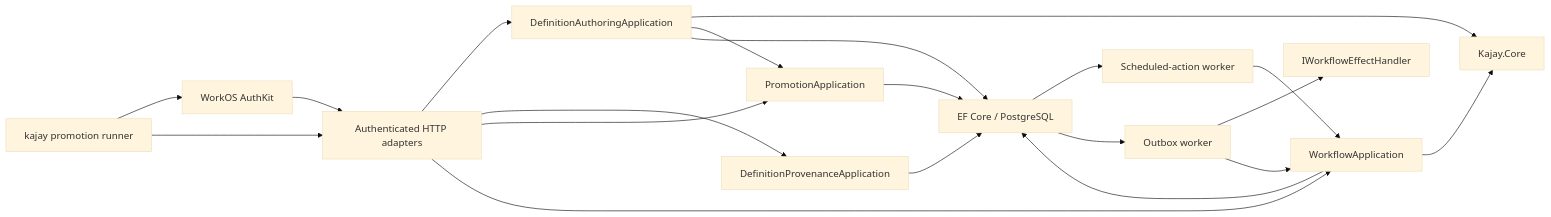
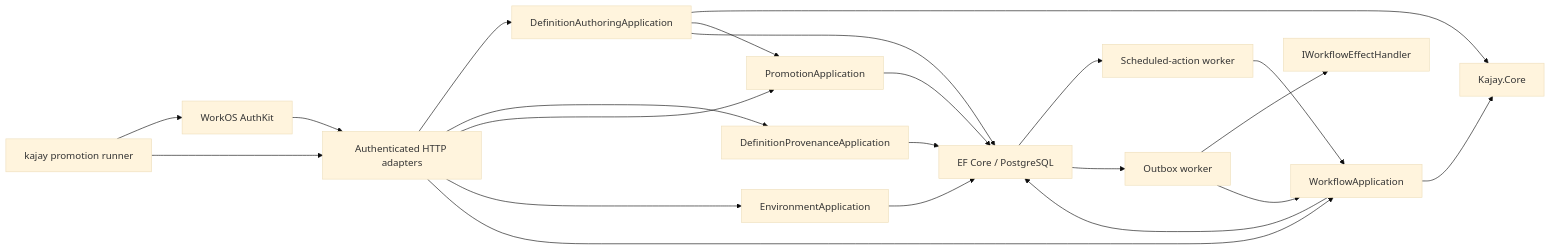
The diagram in docs/workflow-host.md (Contrct-Owner/kajay), drawn with Mermaid (base theme) before and after one commit. The commit also changed other lines of this file and 69 other files, not shown here.

````diff
--- a/docs/workflow-host.md
+++ b/docs/workflow-host.md
@@ -88,22 +90,24 @@
 ```mermaid
 flowchart LR
     AuthKit["WorkOS AuthKit"] --> HTTP["Authenticated HTTP adapters"]
     CLI["kajay promotion runner"] --> AuthKit
     CLI --> HTTP
     HTTP --> Authoring["DefinitionAuthoringApplication"]
     HTTP --> Provenance["DefinitionProvenanceApplication"]
     HTTP --> Promotion["PromotionApplication"]
+    HTTP --> Environment["EnvironmentApplication"]
     HTTP --> Workflow["WorkflowApplication"]
     Authoring --> SDK["Kajay.Core"]
     Authoring --> Promotion
     Authoring --> Store["EF Core / PostgreSQL"]
     Provenance --> Store
     Promotion --> Store
+    Environment --> Store
     Workflow --> SDK
     Workflow --> Store
     Store --> Timer["Scheduled-action worker"]
     Store --> Outbox["Outbox worker"]
     Timer --> Workflow
     Outbox --> Effect["IWorkflowEffectHandler"]
     Outbox --> Workflow
 ```
````
